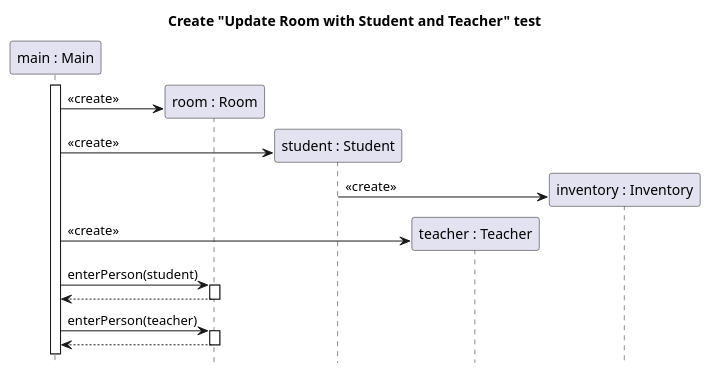
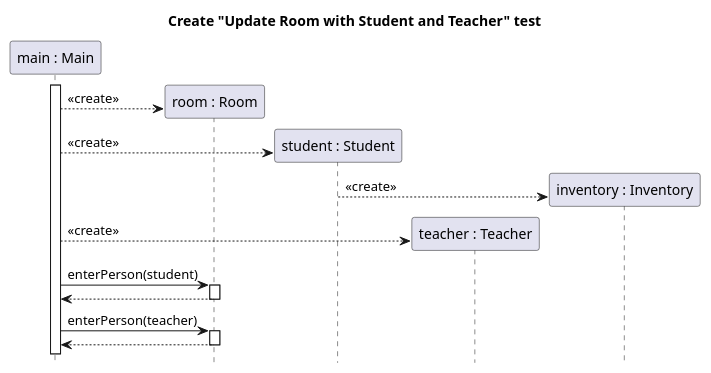
One commit to sn4k3ch4rm3r/logarlec changed the diagram in docs/diagrams/test-create-sequence/room_update_student_teacher_create.puml. Above: the diagram before and after it, drawn with PlantUML. The commit also changed 9 other files, not shown here.

Commit message:
Modified sequence diagrams

```diff
--- a/docs/diagrams/test-create-sequence/room_update_student_teacher_create.puml
+++ b/docs/diagrams/test-create-sequence/room_update_student_teacher_create.puml
@@ -1,24 +1,24 @@
 @startuml room-update-student-teacher
 title Create "Update Room with Student and Teacher" test
 hide footbox
 participant "main : Main" as main
 participant "room : Room" as room
 participant "student : Student" as stu1
 participant "teacher : Teacher" as stu2
 participant "inventory : Inventory" as inv
 
 main++
 create room
-main -> room : <<create>>
+main --> room : <<create>>
 create stu1
-main -> stu1 : <<create>>
+main --> stu1 : <<create>>
 create inv
-stu1 -> inv : <<create>>
+stu1 --> inv : <<create>>
 create stu2
-main -> stu2 : <<create>>
+main --> stu2 : <<create>>
 main -> room ++: enterPerson(student)
 return
 main -> room ++: enterPerson(teacher)
 return
 
 @enduml
```
